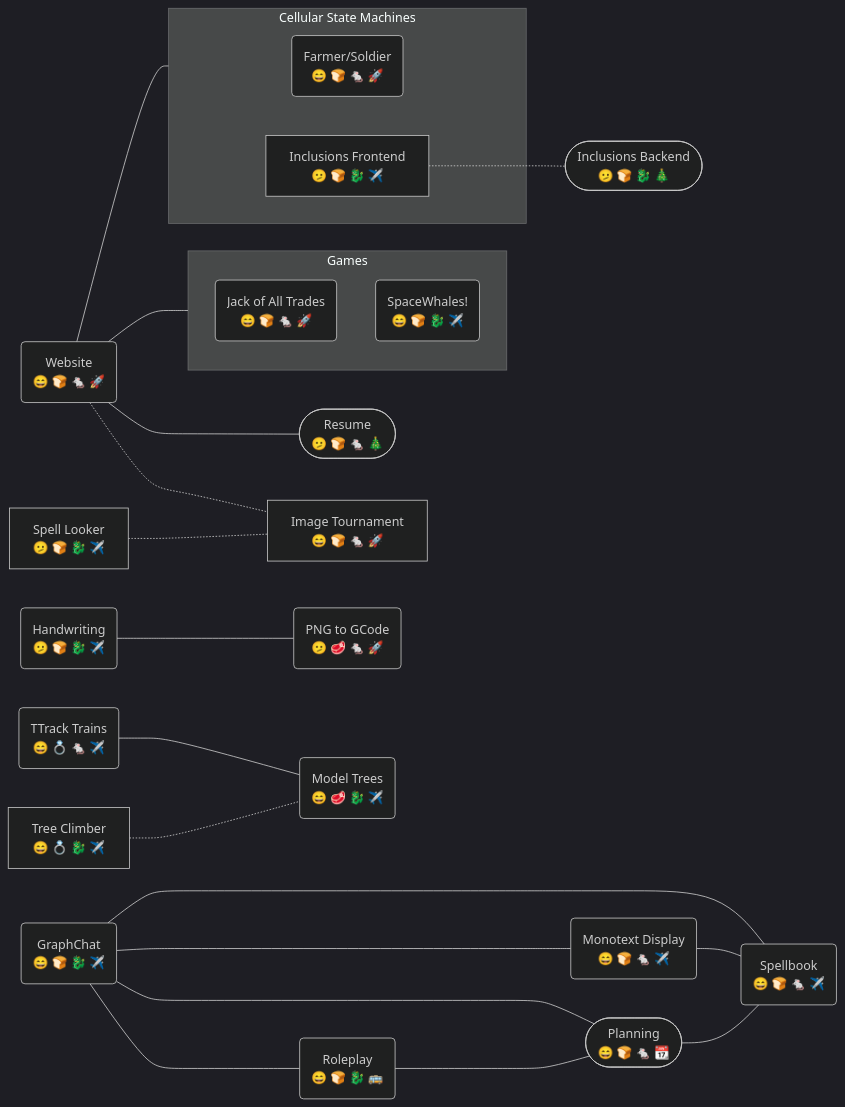
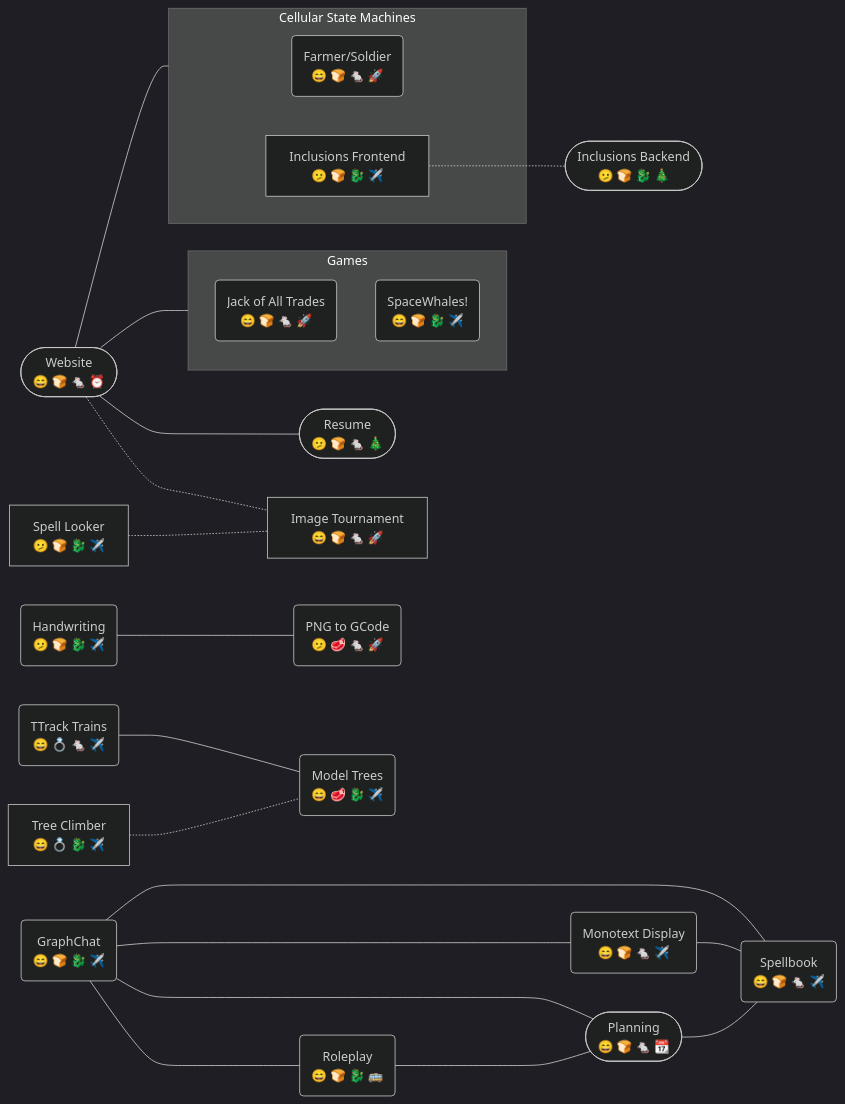
One commit to eipiguy/jekyll-theme-nnesbitt changed the diagram in pages/projects.md. Above: the diagram before and after it, drawn with Mermaid (dark theme). The commit also changed other lines of this file and 2 other files, not shown here.

Commit message:
first post. website up

```diff
--- a/pages/projects.md
+++ b/pages/projects.md
@@ -13,56 +14,56 @@
 <div class="mermaid">
 flowchart LR
 
-  website("Website\n 😄 🍞 🐁 🚀")
+  website(["Website\n 😄 🍞 🐁 ⏰"])
   resume(["Resume\n 🫤 🍞 🐁 🎄"])
   imagetournament["Image Tournament\n 😄 🍞 🐁 🚀"]
   spelllooker["Spell Looker\n 🫤 🍞 🐉 ✈️"]
 
   subgraph games["Games"]
     jackofalltrades("Jack of All Trades\n 😄 🍞 🐁 🚀")
     spacewhales("SpaceWhales!\n 😄 🍞 🐉 ✈️")
   end
 
   subgraph cellularstates["Cellular State Machines"]
     farmersoldier("Farmer/Soldier\n 😄 🍞 🐁 🚀")
     inclusionsfront["Inclusions Frontend\n 🫤 🍞 🐉 ✈️"]
   end
   inclusionsback(["Inclusions Backend\n 🫤 🍞 🐉 🎄"])
 
   website---resume
   website---games
   website---cellularstates
   website-.-imagetournament
   spelllooker-.-imagetournament
 
   inclusionsfront-.-inclusionsback
 
   graphchat("GraphChat\n 😄 🍞 🐉 ✈️")
   monotextdisplay("Monotext Display\n 😄 🍞 🐁 ✈️")
   spellbook("Spellbook\n 😄 🍞 🐁 ✈️")
   roleplay("Roleplay\n 😄 🍞 🐉 🚌")
   planning(["Planning\n 😄 🍞 🐁 📆"])
 
   graphchat---monotextdisplay
   graphchat---spellbook
   graphchat---roleplay
   graphchat---planning
 
   roleplay---planning
 
   monotextdisplay---spellbook
 
   planning---spellbook
 
   handwriting("Handwriting\n 🫤 🍞 🐉 ✈️")
   pnggcode("PNG to GCode\n 🫤 🥩 🐁 🚀")
 
   handwriting---pnggcode
 
   trains("TTrack Trains\n 😄 💍 🐁 ✈️")
   treeclimber["Tree Climber\n 😄 💍 🐉 ✈️"]
   trees("Model Trees\n 😄 🥩 🐉 ✈️")
 
   trains---trees
   treeclimber-.-trees
 </div>
```
